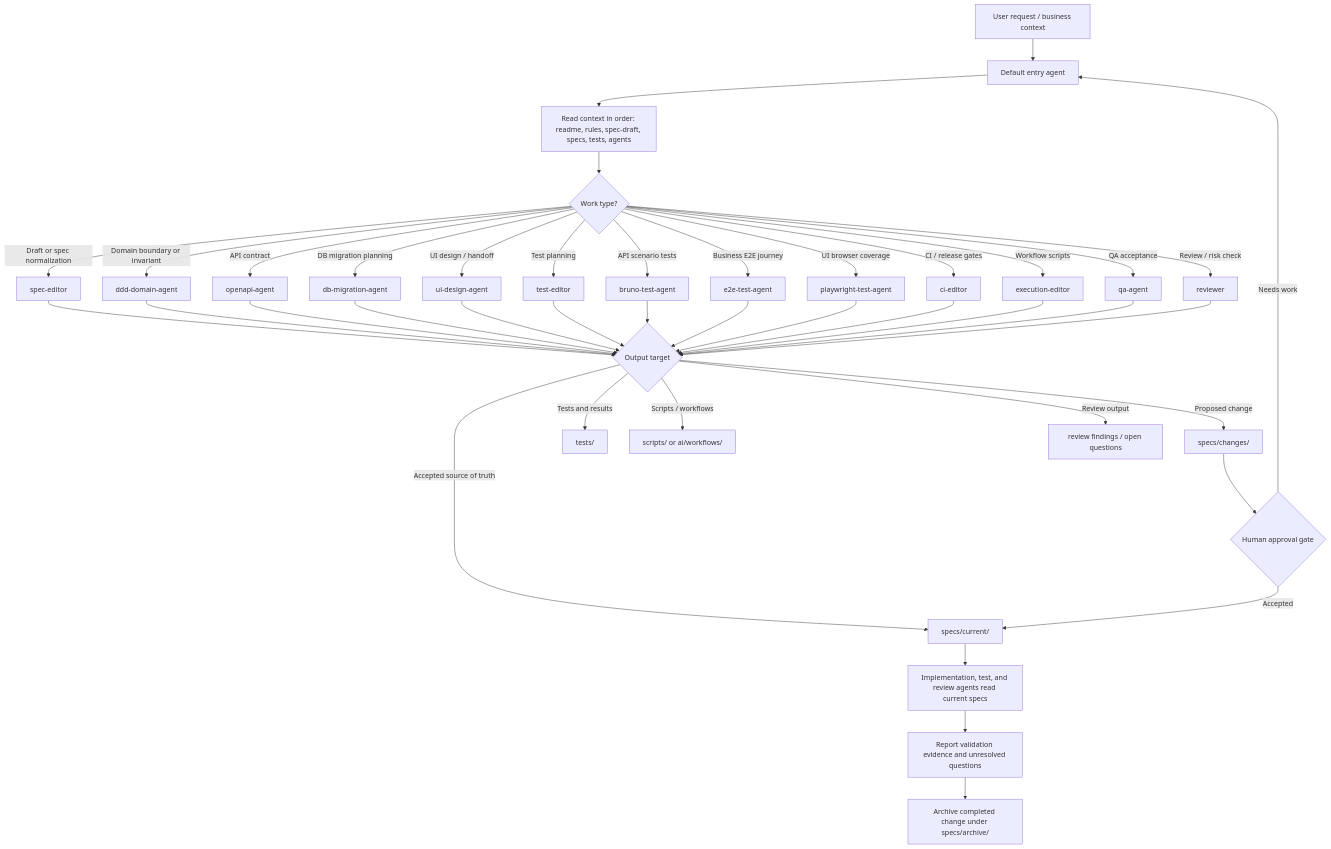
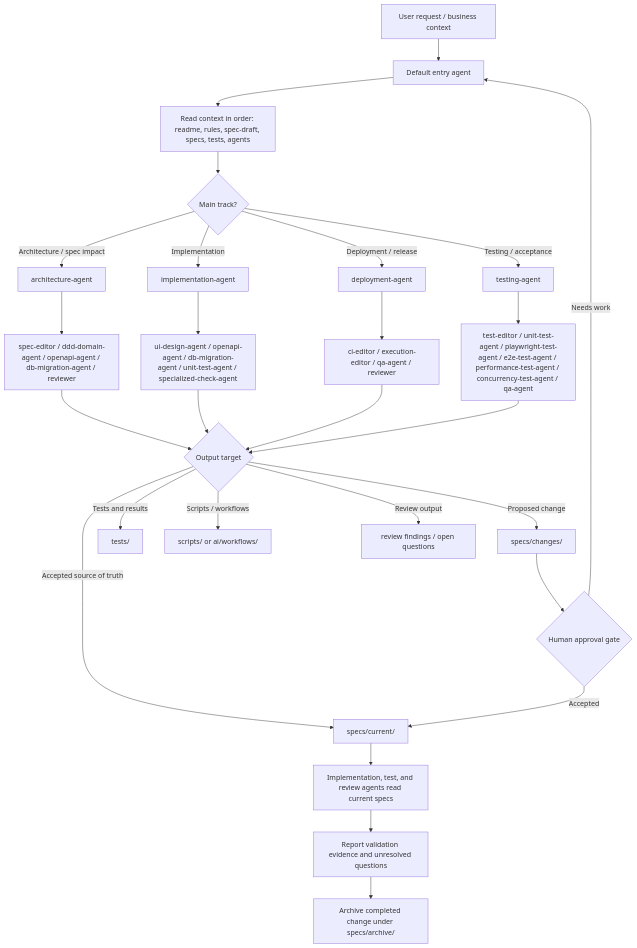
One commit to liquiid727/SpecOps-Web-Console changed the first of 2 diagrams in .agents/README.md. Above: the diagram before and after it, drawn with Mermaid. The commit also changed other lines of this file and 138 other files, not shown here.

Commit message:
:sparkles: feat(specos): 收敛 agent 与 spec 产品体系; Align agent and spec product model

````diff
--- a/.agents/README.md
+++ b/.agents/README.md
@@ -64,47 +80,34 @@
 ```mermaid
 flowchart TD
   A["User request / business context"] --> B["Default entry agent"]
   B --> C["Read context in order: readme, rules, spec-draft, specs, tests, agents"]
-  C --> D{"Work type?"}
+  C --> D{"Main track?"}
 
-  D -->|Draft or spec normalization| E["spec-editor"]
-  D -->|Domain boundary or invariant| F["ddd-domain-agent"]
-  D -->|API contract| G["openapi-agent"]
-  D -->|DB migration planning| H["db-migration-agent"]
-  D -->|UI design / handoff| I["ui-design-agent"]
-  D -->|Test planning| J["test-editor"]
-  D -->|API scenario tests| K["bruno-test-agent"]
-  D -->|Business E2E journey| L["e2e-test-agent"]
-  D -->|UI browser coverage| M["playwright-test-agent"]
-  D -->|CI / release gates| N["ci-editor"]
-  D -->|Workflow scripts| O["execution-editor"]
-  D -->|QA acceptance| P["qa-agent"]
-  D -->|Review / risk check| AA["reviewer"]
+  D -->|Architecture / spec impact| E["architecture-agent"]
+  D -->|Implementation| F["implementation-agent"]
+  D -->|Deployment / release| G["deployment-agent"]
+  D -->|Testing / acceptance| H["testing-agent"]
 
-  E --> Q{"Output target"}
-  F --> Q
-  G --> Q
-  H --> Q
-  I --> Q
-  J --> Q
-  K --> Q
-  L --> Q
-  M --> Q
-  N --> Q
-  O --> Q
-  P --> Q
-  AA --> Q
+  E --> E1["spec-editor / ddd-domain-agent / openapi-agent / db-migration-agent / reviewer"]
+  F --> F1["ui-design-agent / openapi-agent / db-migration-agent / unit-test-agent / specialized-check-agent"]
+  G --> G1["ci-editor / execution-editor / qa-agent / reviewer"]
+  H --> H1["test-editor / unit-test-agent / playwright-test-agent / e2e-test-agent / performance-test-agent / concurrency-test-agent / qa-agent"]
+
+  E1 --> Q{"Output target"}
+  F1 --> Q
+  G1 --> Q
+  H1 --> Q
 
   Q -->|Proposed change| R["specs/changes/<change-id>"]
   Q -->|Accepted source of truth| S["specs/current/"]
   Q -->|Tests and results| T["tests/"]
   Q -->|Scripts / workflows| U["scripts/ or ai/workflows/"]
   Q -->|Review output| V["review findings / open questions"]
 
   R --> W{"Human approval gate"}
   W -->|Accepted| S
   W -->|Needs work| B
   S --> X["Implementation, test, and review agents read current specs"]
   X --> Y["Report validation evidence and unresolved questions"]
   Y --> Z["Archive completed change under specs/archive/"]
 ```
````
